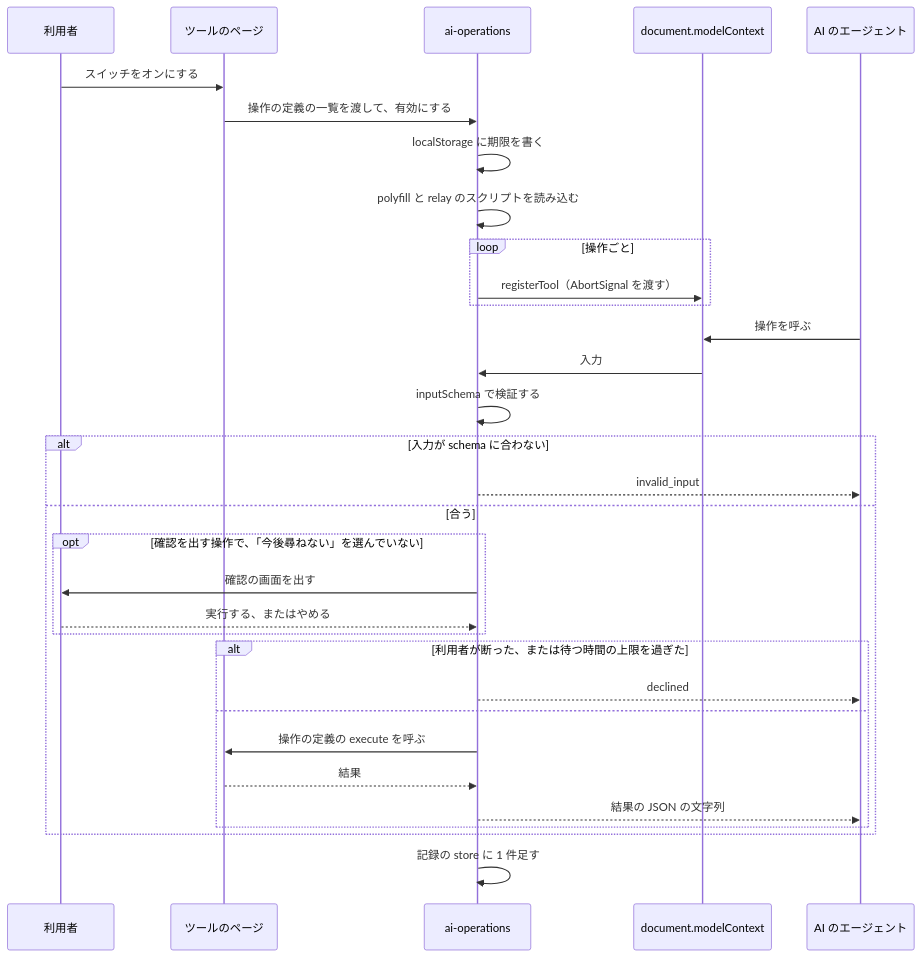
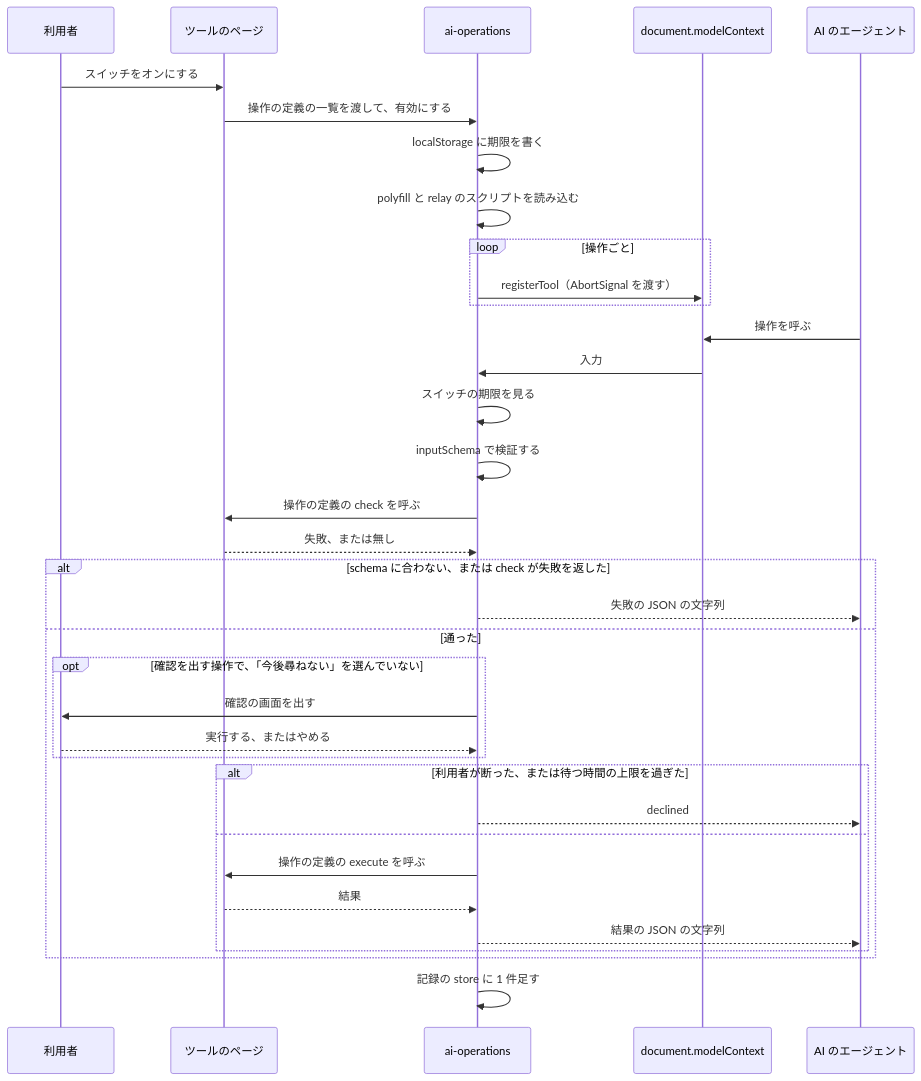
Before and after one commit to Fukuemon/fukuemon.dev: the diagram in design/features/ai-operations/DesignDoc.md, drawn with Mermaid. The commit also changed other lines of this file and 2 other files, not shown here.

````diff
--- a/design/features/ai-operations/DesignDoc.md
+++ b/design/features/ai-operations/DesignDoc.md
@@ -234,35 +305,38 @@
 ```mermaid
 sequenceDiagram
   participant U as 利用者
   participant P as ツールのページ
   participant A as ai-operations
   participant M as document.modelContext
   participant G as AI のエージェント
 
   U->>P: スイッチをオンにする
   P->>A: 操作の定義の一覧を渡して、有効にする
   A->>A: localStorage に期限を書く
   A->>A: polyfill と relay のスクリプトを読み込む
   loop 操作ごと
     A->>M: registerTool（AbortSignal を渡す）
   end
   G->>M: 操作を呼ぶ
   M->>A: 入力
+  A->>A: スイッチの期限を見る
   A->>A: inputSchema で検証する
-  alt 入力が schema に合わない
-    A-->>G: invalid_input
-  else 合う
+  A->>P: 操作の定義の check を呼ぶ
+  P-->>A: 失敗、または無し
+  alt schema に合わない、または check が失敗を返した
+    A-->>G: 失敗の JSON の文字列
+  else 通った
     opt 確認を出す操作で、「今後尋ねない」を選んでいない
       A->>U: 確認の画面を出す
       U-->>A: 実行する、またはやめる
     end
     alt 利用者が断った、または待つ時間の上限を過ぎた
       A-->>G: declined
     else
       A->>P: 操作の定義の execute を呼ぶ
       P-->>A: 結果
       A-->>G: 結果の JSON の文字列
     end
   end
   A->>A: 記録の store に 1 件足す
 ```
````
